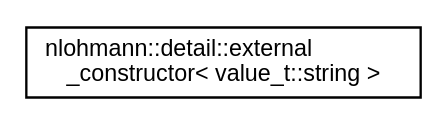
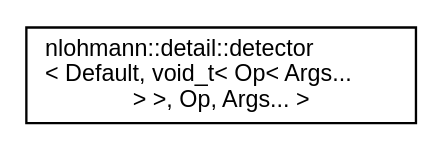
One commit to feelpp/feelpp changed the diagram in inherit_graph_627.dot. Above: the diagram before and after it, drawn with Graphviz. The commit also changed 1416 other files, not shown here.

```diff
--- a/inherit_graph_627.dot
+++ b/inherit_graph_627.dot
@@ -1,8 +1,8 @@
 digraph "Graphical Class Hierarchy"
 {
  // LATEX_PDF_SIZE
   edge [fontname="Helvetica",fontsize="10",labelfontname="Helvetica",labelfontsize="10"];
   node [fontname="Helvetica",fontsize="10",shape=record];
   rankdir="LR";
-  Node0 [label="nlohmann::detail::external\l_constructor\< value_t::string \>",height=0.2,width=0.4,color="black", fillcolor="white", style="filled",URL="$structnlohmann_1_1detail_1_1external__constructor_3_01value__t_1_1string_01_4.html",tooltip=" "];
+  Node0 [label="nlohmann::detail::detector\l\< Default, void_t\< Op\< Args...\l \> \>, Op, Args... \>",height=0.2,width=0.4,color="black", fillcolor="white", style="filled",URL="$structnlohmann_1_1detail_1_1detector_3_01Default_00_01void__t_3_01Op_3_01Args_8_8_8_01_4_01_4_00_01Op_00_01Args_8_8_8_01_4.html",tooltip=" "];
 }
```
